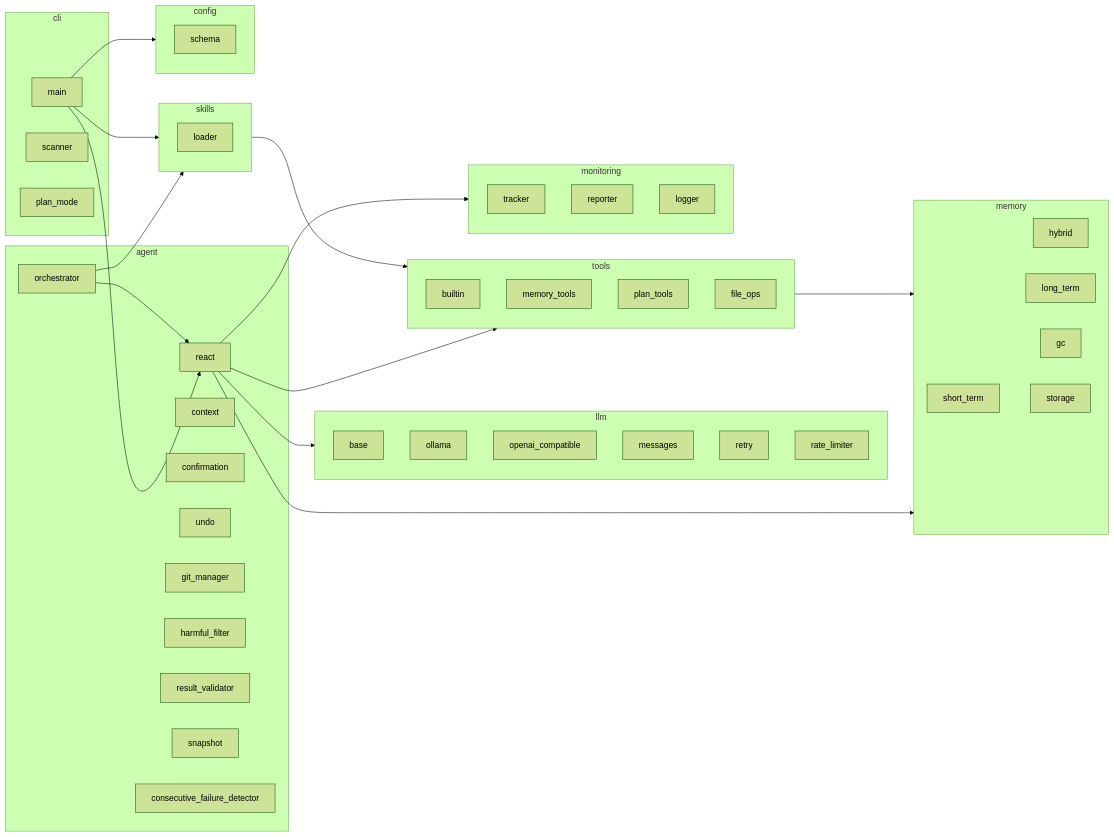
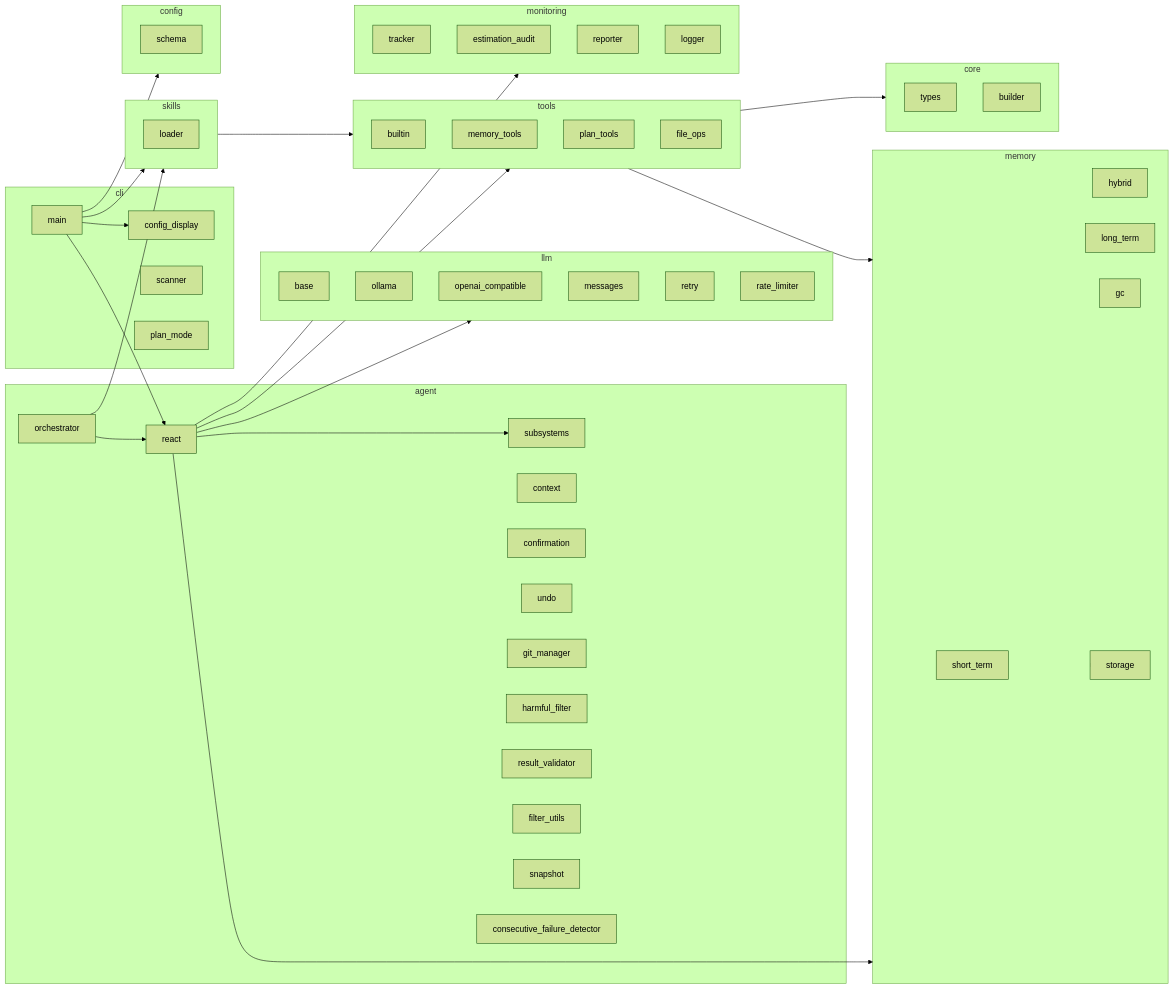
The fourth of 4 diagrams in docs/architecture.md (Tobytywang/NanoAgent), drawn with Mermaid (forest theme) before and after one commit. The commit also changed other lines of this file and 46 other files, not shown here.

````diff
--- a/docs/architecture.md
+++ b/docs/architecture.md
@@ -402,6 +442,7 @@
 graph LR
     subgraph cli[cli]
         main
+        config_display
         scanner
         plan_mode
     end
@@ -409,12 +450,14 @@
     subgraph agent[agent]
         react
         orchestrator
+        subsystems
         context
         confirmation
         undo
         git_manager
         harmful_filter
         result_validator
+        filter_utils
         snapshot
         consecutive_failure_detector
     end
@@ -456,18 +499,26 @@
 
     subgraph monitoring[monitoring]
         tracker
+        estimation_audit
         reporter
         logger
+    end
+
+    subgraph core[core]
+        types
+        builder
     end
 
     main --> react
     main --> config
     main --> skills
+    main --> config_display
 
     react --> llm
     react --> memory
     react --> tools
     react --> monitoring
+    react --> subsystems
 
     orchestrator --> react
     orchestrator --> skills
@@ -475,6 +526,7 @@
     memory --> storage
 
     tools --> memory
+    tools --> core
 
     skills --> tools
 ```
````
